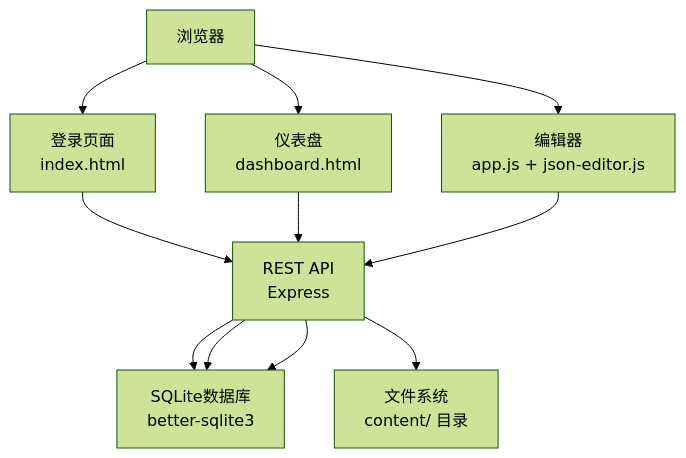
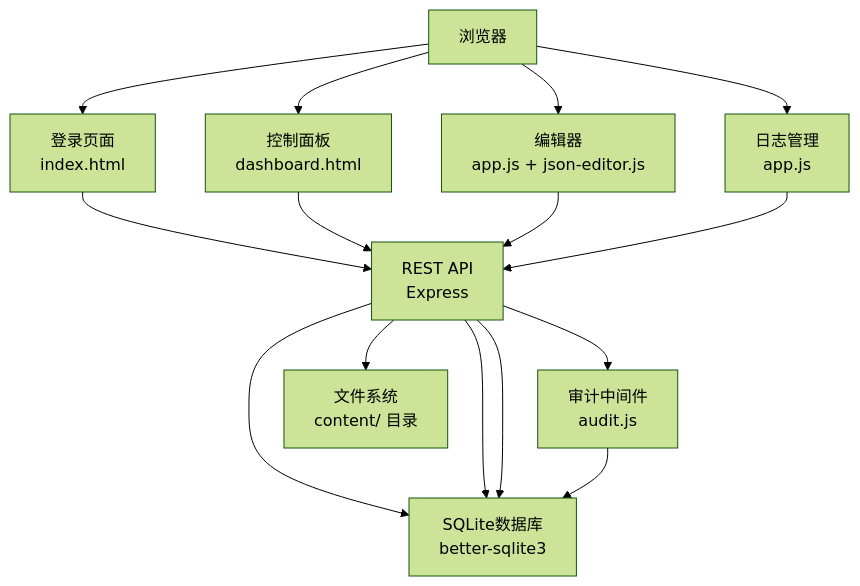
Before and after one commit to hx631580609-web/zsts-cms: the second of 10 diagrams in .qoder/repowiki/zh/content/管理后台系统/管理后台系统.md, drawn with Mermaid (forest theme). The commit also changed other lines of this file and 11 other files, not shown here.

````diff
--- a/.qoder/repowiki/zh/content/管理后台系统/管理后台系统.md
+++ b/.qoder/repowiki/zh/content/管理后台系统/管理后台系统.md
@@ -108,20 +127,26 @@
 ```mermaid
 graph TB
 Client["浏览器"]
 Login["登录页面<br/>index.html"]
-Dashboard["仪表盘<br/>dashboard.html"]
+Dashboard["控制面板<br/>dashboard.html"]
 Editor["编辑器<br/>app.js + json-editor.js"]
+Logs["日志管理<br/>app.js"]
 API["REST API<br/>Express"]
+Audit["审计中间件<br/>audit.js"]
 DB["SQLite数据库<br/>better-sqlite3"]
 FS["文件系统<br/>content/ 目录"]
 Client --> Login
 Login --> API
 API --> DB
 Client --> Dashboard
 Dashboard --> API
 API --> DB
 Client --> Editor
 Editor --> API
 API --> DB
+Client --> Logs
+Logs --> API
+API --> Audit
+Audit --> DB
 API --> FS
 ```
````
